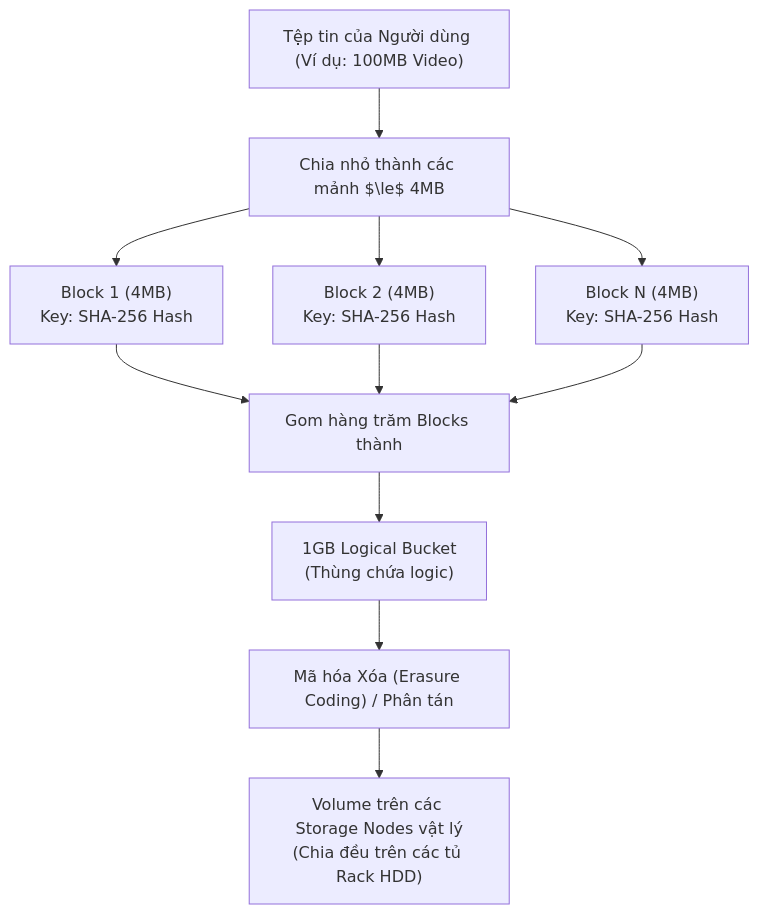
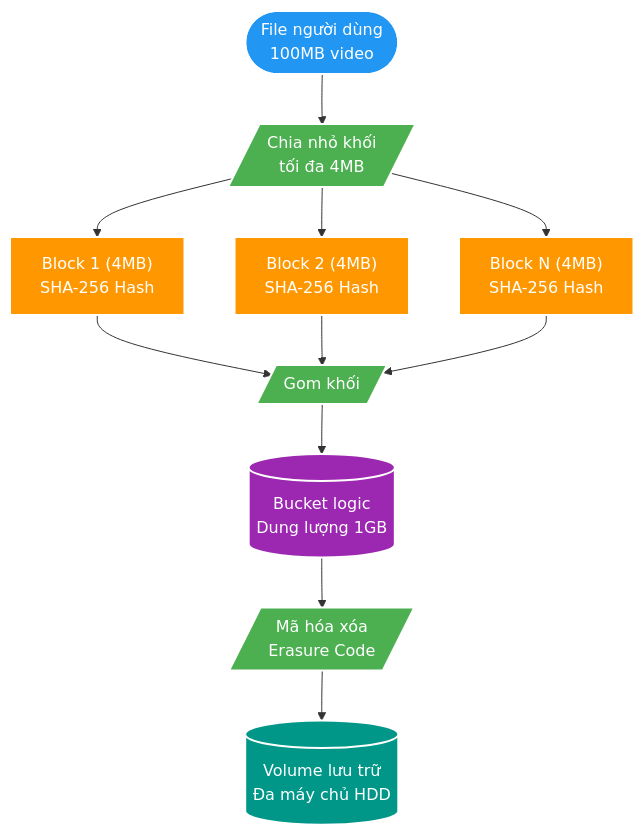
One commit to HungPhan200591/file-mngt-be-v2 changed the first of 2 diagrams in manual/references/system-design/storage/dropbox-magic-pocket/raw/article.vi.md. Above: the diagram before and after it, drawn with Mermaid. The commit also changed other lines of this file and 4 other files, not shown here.

Commit message:
fix(references): apply mermaid-styling guardrails to system design reference diagrams

````diff
--- a/manual/references/system-design/storage/dropbox-magic-pocket/raw/article.vi.md
+++ b/manual/references/system-design/storage/dropbox-magic-pocket/raw/article.vi.md
@@ -45,16 +45,21 @@
 ```mermaid
-flowchart TD
-    File["Tệp tin của Người dùng (Ví dụ: 100MB Video)"] --> Split["Chia nhỏ thành các mảnh $\le$ 4MB"]
-    
-    Split --> B1["Block 1 (4MB)<br>Key: SHA-256 Hash"]
-    Split --> B2["Block 2 (4MB)<br>Key: SHA-256 Hash"]
-    Split --> BN["Block N (4MB)<br>Key: SHA-256 Hash"]
-    
-    B1 & B2 & BN --> Aggregate["Gom hàng trăm Blocks thành"]
-    
-    Aggregate --> Bucket["1GB Logical Bucket<br>(Thùng chứa logic)"]
-    
-    Bucket --> EC["Mã hóa Xóa (Erasure Coding) / Phân tán"]
-    
-    EC --> Vol["Volume trên các Storage Nodes vật lý<br>(Chia đều trên các tủ Rack HDD)"]
+flowchart TB
+    FILE(["File người dùng<br/>100MB video"]) --> SPLIT[/"Chia nhỏ khối<br/>tối đa 4MB"/]
+    SPLIT --> B1["Block 1 (4MB)<br/>SHA-256 Hash"]
+    SPLIT --> B2["Block 2 (4MB)<br/>SHA-256 Hash"]
+    SPLIT --> BN["Block N (4MB)<br/>SHA-256 Hash"]
+    B1 & B2 & BN --> AGG[/"Gom khối"/]
+    AGG --> BUCKET[("Bucket logic<br/>Dung lượng 1GB")]
+    BUCKET --> EC[/"Mã hóa xóa<br/>Erasure Code"/]
+    EC --> VOL[("Volume lưu trữ<br/>Đa máy chủ HDD")]
+
+    style FILE fill:#2196F3,stroke:#fff,stroke-width:2px,color:#fff
+    style SPLIT fill:#4CAF50,stroke:#fff,stroke-width:2px,color:#fff
+    style B1 fill:#FF9800,stroke:#fff,stroke-width:2px,color:#fff
+    style B2 fill:#FF9800,stroke:#fff,stroke-width:2px,color:#fff
+    style BN fill:#FF9800,stroke:#fff,stroke-width:2px,color:#fff
+    style AGG fill:#4CAF50,stroke:#fff,stroke-width:2px,color:#fff
+    style BUCKET fill:#9C27B0,stroke:#fff,stroke-width:2px,color:#fff
+    style EC fill:#4CAF50,stroke:#fff,stroke-width:2px,color:#fff
+    style VOL fill:#009688,stroke:#fff,stroke-width:2px,color:#fff
 ```
````
